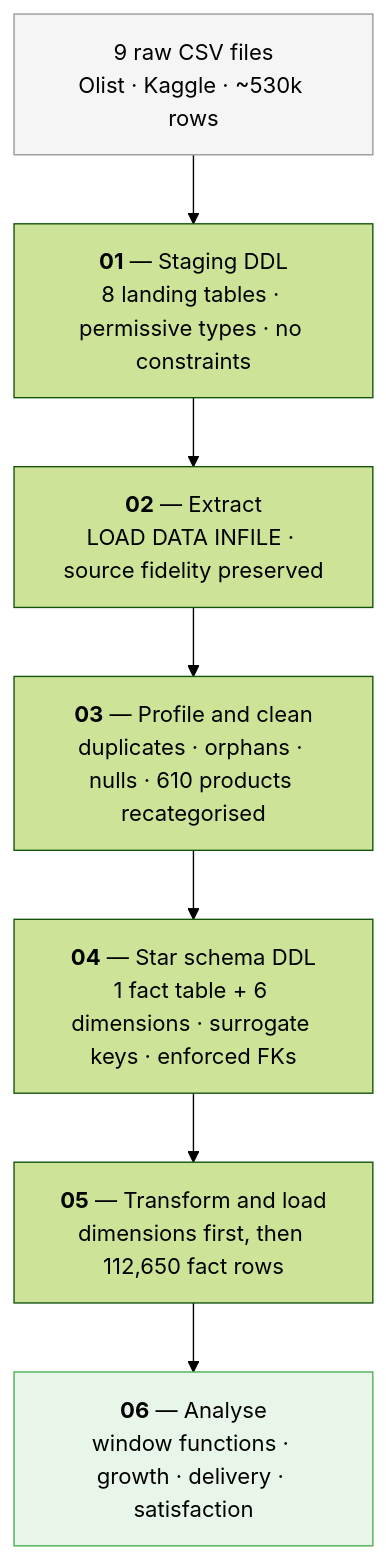
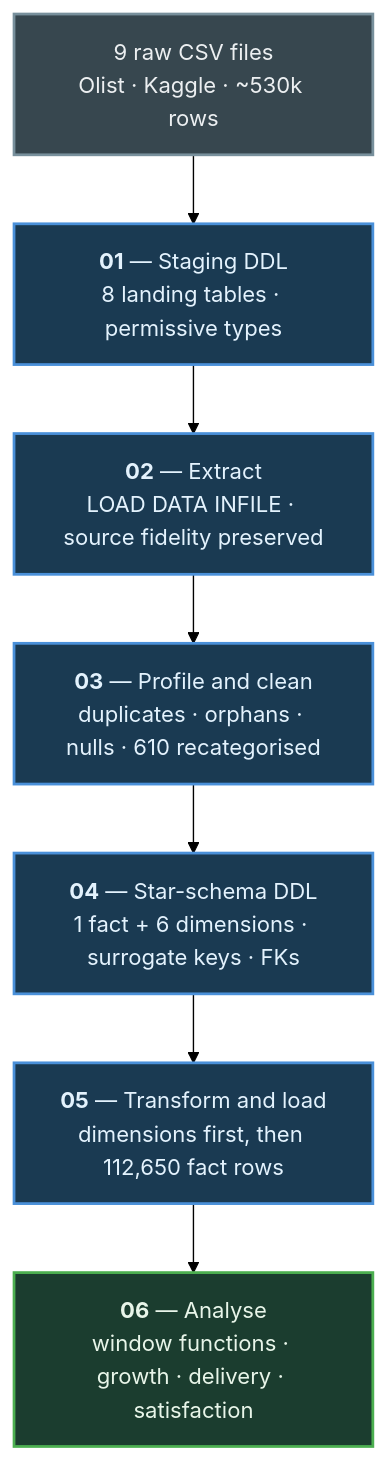
One commit to shakilasafaei/ecommerce-datawarehouse changed the first of 4 diagrams in README.md. Above: the diagram before and after it, drawn with Mermaid (forest theme). The commit also changed other lines of this file, not shown here.

````diff
--- a/README.md
+++ b/README.md
@@ -12,16 +12,21 @@
 ```mermaid
 flowchart TD
     A["9 raw CSV files<br/>Olist · Kaggle · ~530k rows"]
 
-    B["<b>01</b> — Staging DDL<br/>8 landing tables · permissive types · no constraints"]
+    B["<b>01</b> — Staging DDL<br/>8 landing tables · permissive types"]
     C["<b>02</b> — Extract<br/>LOAD DATA INFILE · source fidelity preserved"]
-    D["<b>03</b> — Profile and clean<br/>duplicates · orphans · nulls · 610 products recategorised"]
-    E["<b>04</b> — Star schema DDL<br/>1 fact table + 6 dimensions · surrogate keys · enforced FKs"]
+    D["<b>03</b> — Profile and clean<br/>duplicates · orphans · nulls · 610 recategorised"]
+    E["<b>04</b> — Star-schema DDL<br/>1 fact + 6 dimensions · surrogate keys · FKs"]
     F["<b>05</b> — Transform and load<br/>dimensions first, then 112,650 fact rows"]
     G["<b>06</b> — Analyse<br/>window functions · growth · delivery · satisfaction"]
 
     A --> B --> C --> D --> E --> F --> G
 
-    style A fill:#f5f5f5,stroke:#999
-    style G fill:#e8f5e9,stroke:#4caf50
+    classDef source fill:#37474f,stroke:#78909c,stroke-width:2px,color:#eceff1
+    classDef stage  fill:#1a3a52,stroke:#4a90d9,stroke-width:2px,color:#e3f2fd
+    classDef result fill:#1b3d2f,stroke:#4caf50,stroke-width:2px,color:#e8f5e9
+
+    class A source
+    class B,C,D,E,F stage
+    class G result
 ```
````
